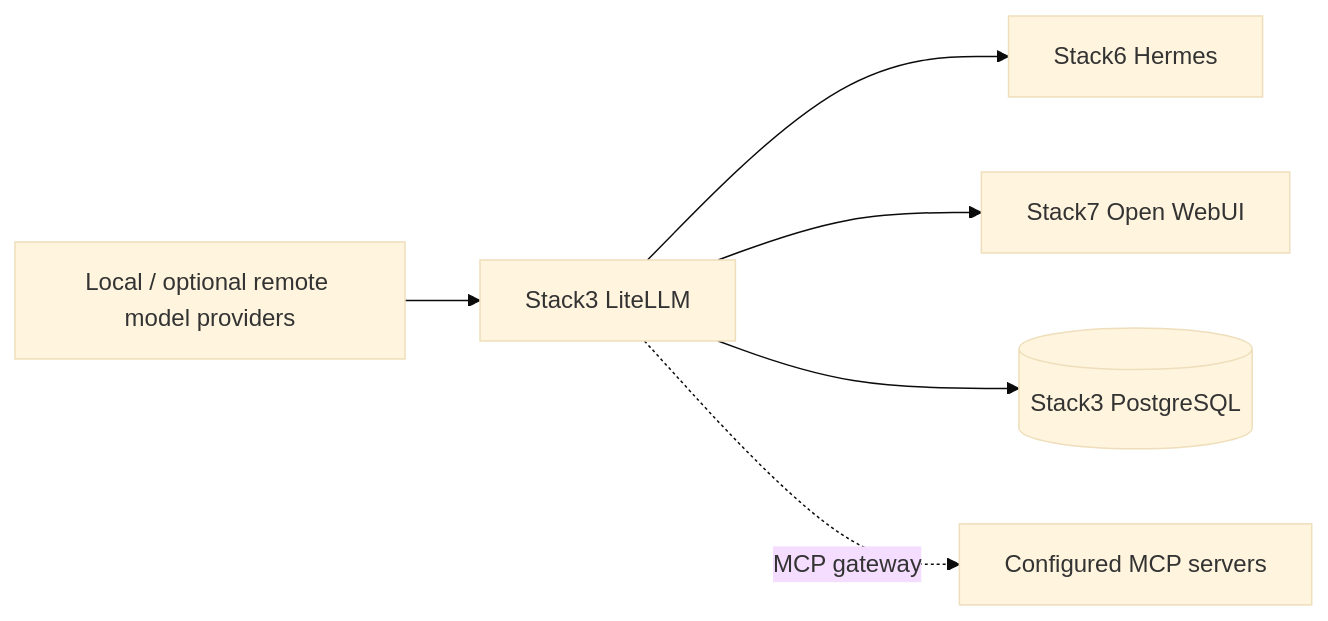
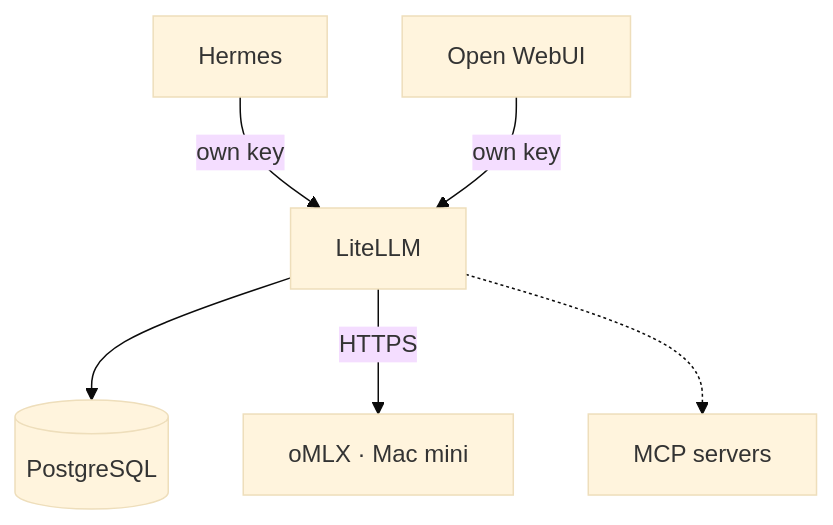
The first of 2 diagrams in stack-30_-_litellm/README.md (ea1het/local_hybrid_ai), drawn with Mermaid (base theme) before and after one commit. The commit also changed other lines of this file and 16 other files, not shown here.

````diff
--- a/stack-30_-_litellm/README.md
+++ b/stack-30_-_litellm/README.md
@@ -13,8 +13,7 @@
 ```mermaid
-flowchart LR
-    Providers[Local / optional remote model providers] --> LiteLLM[Stack3 LiteLLM]
-    LiteLLM --> Hermes[Stack6 Hermes]
-    LiteLLM --> WebUI[Stack7 Open WebUI]
-    LiteLLM --> PG[(Stack3 PostgreSQL)]
-    LiteLLM -.->|MCP gateway| MCP[Configured MCP servers]
+flowchart TB
+    Hermes & WebUI["Open WebUI"] -->|own key| LiteLLM
+    LiteLLM --> PG[("PostgreSQL")]
+    LiteLLM -->|HTTPS| oMLX["oMLX · Mac mini"]
+    LiteLLM -.-> MCP["MCP servers"]
 ```
````
